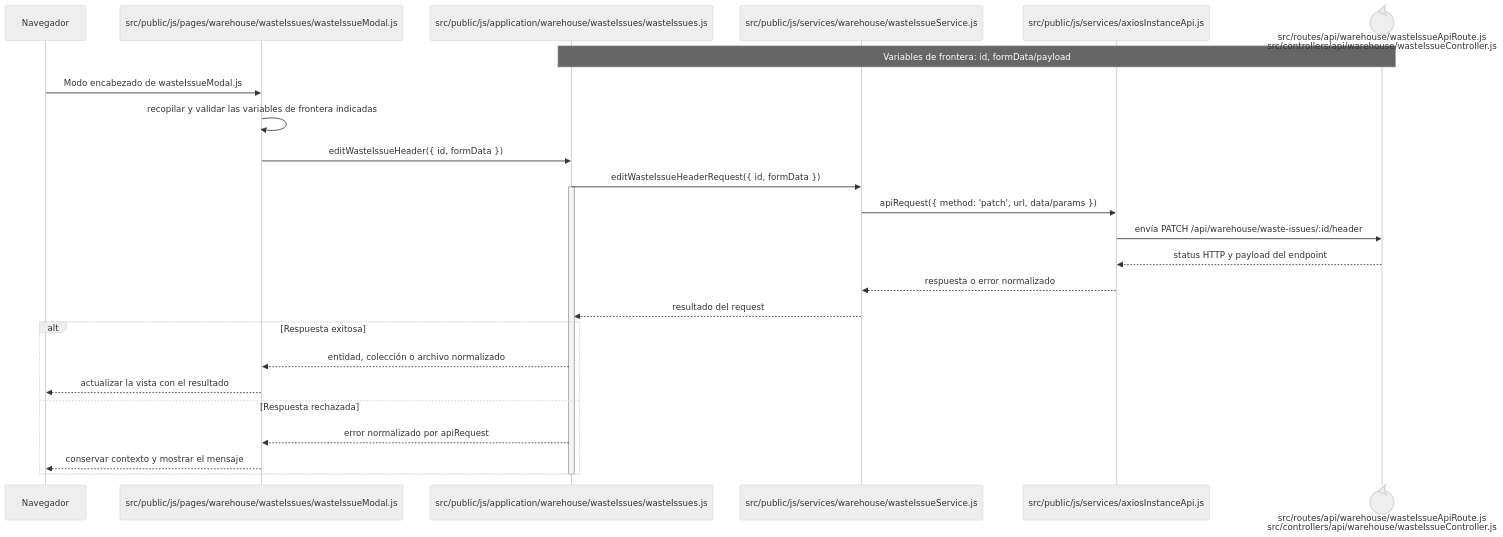
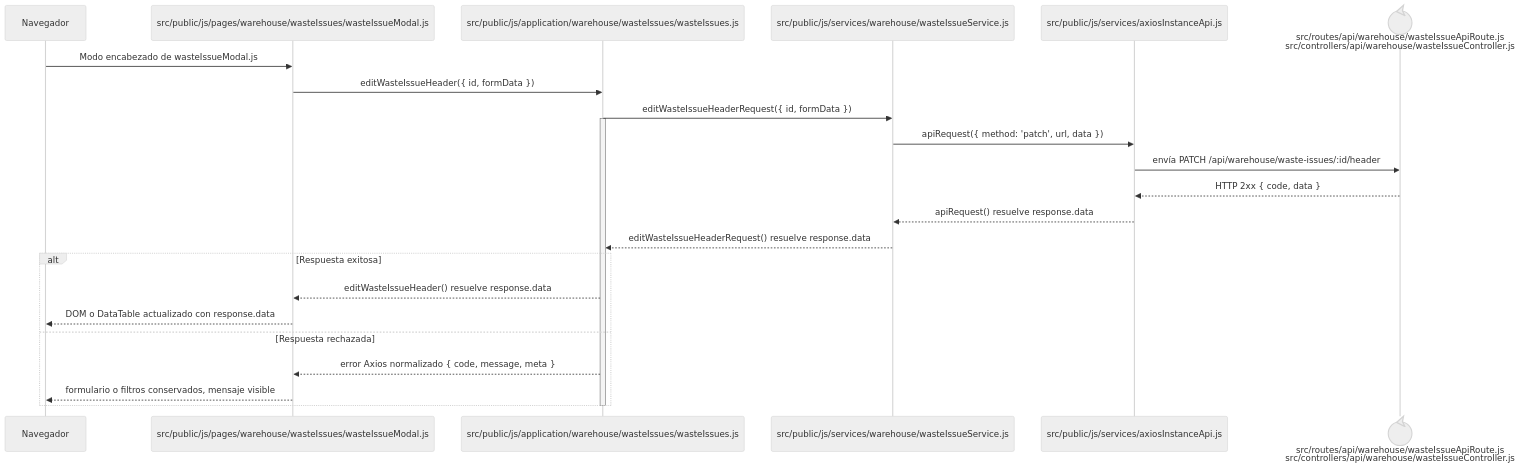
Before and after one commit to gpgsistemas01/nexus: the diagram in docs/architecture/frontend-code-sequences/issues/cu-sal-10.md, drawn with Mermaid (neutral theme). The commit also changed 148 other files, not shown here.

````diff
--- a/docs/architecture/frontend-code-sequences/issues/cu-sal-10.md
+++ b/docs/architecture/frontend-code-sequences/issues/cu-sal-10.md
@@ -6,29 +6,27 @@
 ```mermaid
 sequenceDiagram
     participant Browser as Navegador
     participant View as src/public/js/pages/warehouse/wasteIssues/wasteIssueModal.js
     participant Application as src/public/js/application/warehouse/wasteIssues/wasteIssues.js
     participant Request as src/public/js/services/warehouse/wasteIssueService.js
     participant HTTP as src/public/js/services/axiosInstanceApi.js
     participant Transport@{ "type": "control" } as src/routes/api/warehouse/wasteIssueApiRoute.js<br/>src/controllers/api/warehouse/wasteIssueController.js
-    Note over Application,Transport: Variables de frontera: id, formData/payload
 
     Browser->>View: Modo encabezado de wasteIssueModal.js
-    View->>View: recopilar y validar las variables de frontera indicadas
     View->>Application: editWasteIssueHeader({ id, formData })
     Application->>Request: editWasteIssueHeaderRequest({ id, formData })
     activate Application
-    Request->>HTTP: apiRequest({ method: 'patch', url, data/params })
+    Request->>HTTP: apiRequest({ method: 'patch', url, data })
     HTTP->>Transport: envía PATCH /api/warehouse/waste-issues/:id/header
-    Transport-->>HTTP: status HTTP y payload del endpoint
-    HTTP-->>Request: respuesta o error normalizado
-    Request-->>Application: resultado del request
+    Transport-->>HTTP: HTTP 2xx { code, data }
+    HTTP-->>Request: apiRequest() resuelve response.data
+    Request-->>Application: editWasteIssueHeaderRequest() resuelve response.data
     alt Respuesta exitosa
-        Application-->>View: entidad, colección o archivo normalizado
-        View-->>Browser: actualizar la vista con el resultado
+        Application-->>View: editWasteIssueHeader() resuelve response.data
+        View-->>Browser: DOM o DataTable actualizado con response.data
     else Respuesta rechazada
-        Application-->>View: error normalizado por apiRequest
-        View-->>Browser: conservar contexto y mostrar el mensaje
+        Application-->>View: error Axios normalizado { code, message, meta }
+        View-->>Browser: formulario o filtros conservados, mensaje visible
     end
     deactivate Application
 ```
````
